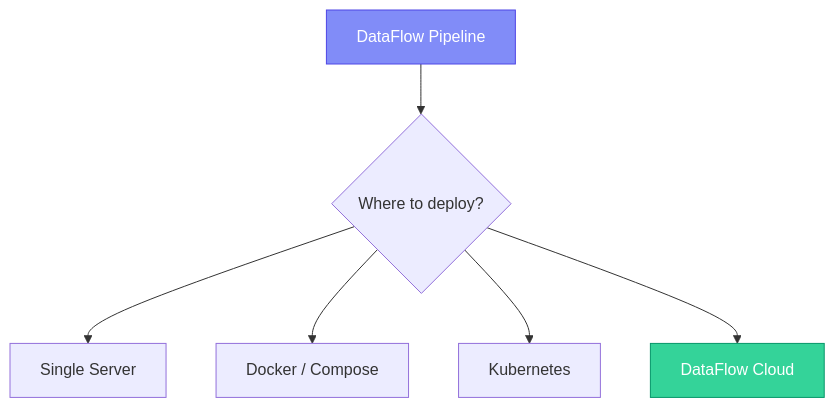
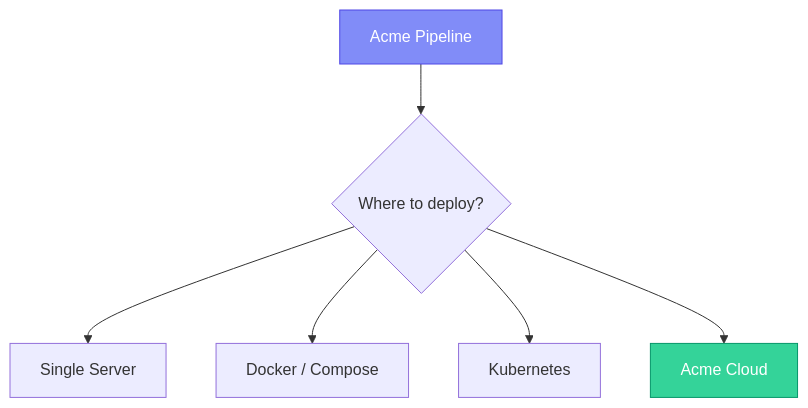
Before and after one commit to acme-saas/docs: the diagram in guides/deployment.md, drawn with Mermaid. The commit also changed other lines of this file and 32 other files, not shown here.

````diff
--- a/guides/deployment.md
+++ b/guides/deployment.md
@@ -11,11 +11,11 @@
 ```mermaid
 graph TD
-    A[DataFlow Pipeline] --> B{Where to deploy?}
+    A[Acme Pipeline] --> B{Where to deploy?}
     B --> C[Single Server]
     B --> D[Docker / Compose]
     B --> E[Kubernetes]
-    B --> F[DataFlow Cloud]
+    B --> F[Acme Cloud]
 
     style A fill:#818cf8,stroke:#4f46e5,color:#fff
     style F fill:#34d399,stroke:#059669,color:#fff
 ```
````
